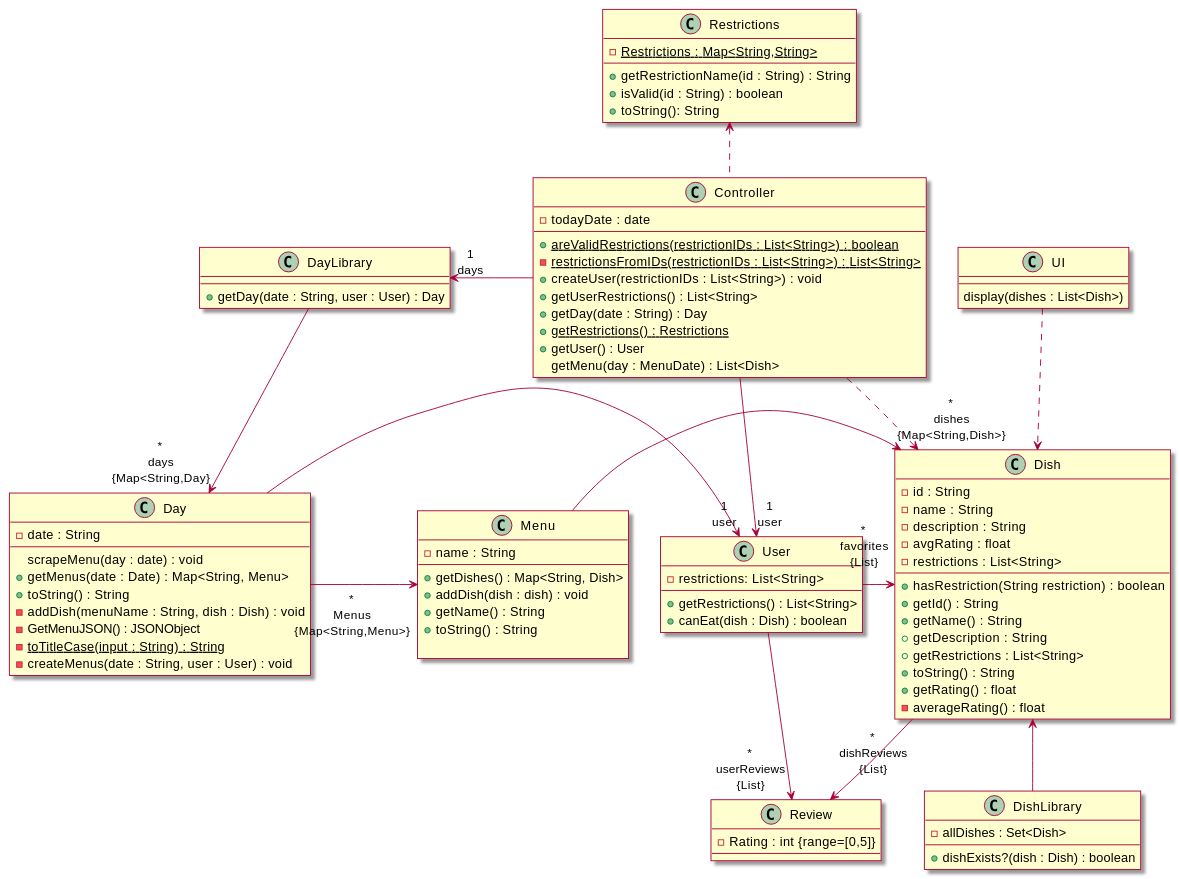
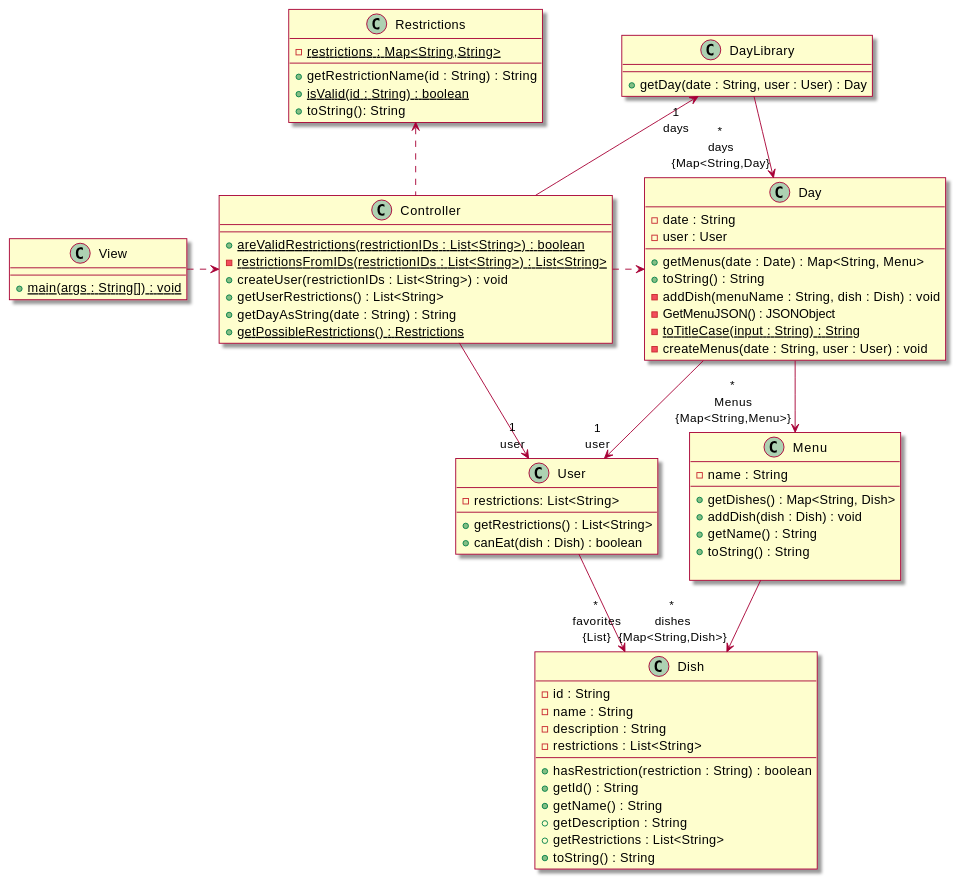
The first of 3 diagrams in intellij/doc/design.md (sashap100/Vassar-Dining-App), drawn with PlantUML before and after one commit. The commit also changed other lines of this file, not shown here.

````diff
--- a/intellij/doc/design.md
+++ b/intellij/doc/design.md
@@ -11,5 +11,4 @@
 ```plantuml
-
 @startuml
 
 skin rose
@@ -21,17 +20,14 @@
     + getRestrictions() : List<String>
     + canEat(dish : Dish) : boolean
 }
-class Review{
-    - Rating : int {range=[0,5]}
-}
 class DayLibrary{
     --
     + getDay(date : String, user : User) : Day
 }
 class Day{
     - date : String
+    - user : User
     --
-    scrapeMenu(day : date) : void
     + getMenus(date : Date) : Map<String, Menu>
     + toString() : String
     - addDish(menuName : String, dish : Dish) : void
@@ -43,7 +39,7 @@
     - name : String
     --
     + getDishes() : Map<String, Dish>
-    + addDish(dish : dish) : void
+    + addDish(dish : Dish) : void
     + getName() : String
     + toString() : String
     
@@ -52,60 +48,46 @@
     - id : String
     - name : String
     - description : String
-    - avgRating : float
     - restrictions : List<String>
     --
-    + hasRestriction(String restriction) : boolean
+    + hasRestriction(restriction : String) : boolean
     + getId() : String
     + getName() : String
     + getDescription : String
     + getRestrictions : List<String>
     + toString() : String
-    + getRating() : float
-    - averageRating() : float
-}
-class DishLibrary{
-    - allDishes : Set<Dish>
-    __
-    + dishExists?(dish : Dish) : boolean
 }
 class Controller{
-    - todayDate : date
     --
     {static} + areValidRestrictions(restrictionIDs : List<String>) : boolean
     {static} - restrictionsFromIDs(restrictionIDs : List<String>) : List<String>
     + createUser(restrictionIDs : List<String>) : void
     + getUserRestrictions() : List<String>
-    + getDay(date : String) : Day
-    {static} + getRestrictions() : Restrictions
-    + getUser() : User
-    getMenu(day : MenuDate) : List<Dish>
+    + getDayAsString(date : String) : String
+    {static} + getPossibleRestrictions() : Restrictions
 }
 class Restrictions{
-    {static} - Restrictions : Map<String,String>
+    {static} - restrictions : Map<String,String>
     --
     + getRestrictionName(id : String) : String
-    + isValid(id : String) : boolean
+    {static} + isValid(id : String) : boolean
     + toString(): String
 }
-class UI{
-    display(dishes : List<Dish>)
+class View{
+    {static} + main(args : String[]) : void
 }
 
 ' associations
-User -down-> "\t*\n \tuserReviews\n\t{List}" Review : \t\t\t
 User -> "\n*\nfavorites\n{List}" Dish
-Dish -down-> "*\ndishReviews\n{List}\n" Review
-Day -> "*\nMenus\n{Map<String,Menu>}" Menu : \t\t\t
-Menu -> "*\ndishes\n{Map<String,Dish>}" Dish : \t\t
+Day -down-> "*\nMenus\n{Map<String,Menu>}" Menu : \t\t\t
+Menu -down-> "*\ndishes\n{Map<String,Dish>}" Dish : \t\t
 Controller -down-> "1\nuser" User
 Controller -left-> "1\ndays" DayLibrary
-Controller .> Dish
-UI .down.> Dish
-DishLibrary -up-> Dish
-Day -> "1\nuser" User
+View .> Controller
+Day -down-> "1\nuser" User
 DayLibrary -down-> "*\ndays\n{Map<String,Day}" Day
 Controller .up.> Restrictions
+Controller .> Day
 
 @enduml
 ```
````
